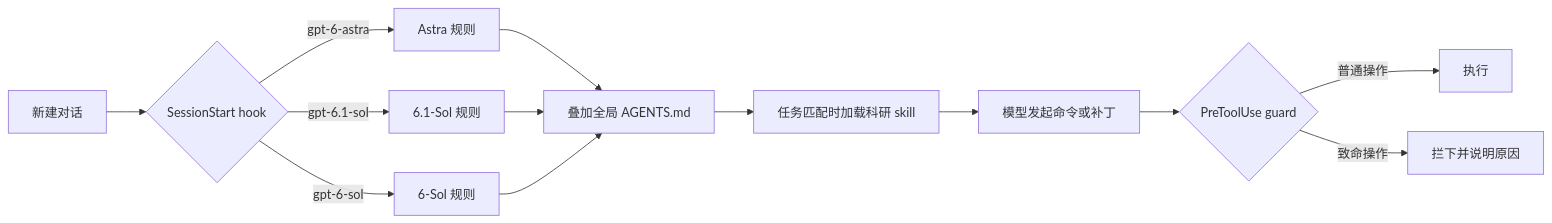
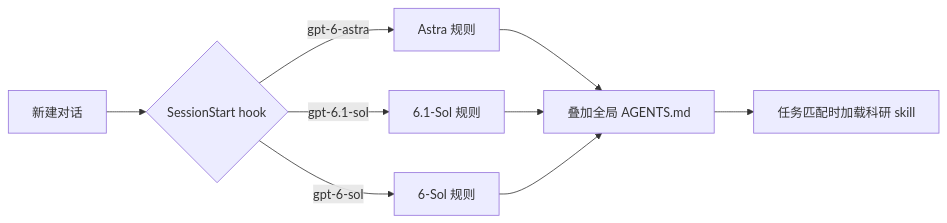
Before and after one commit to RainyMarks/GPT6-Research-Dev-Boost: the diagram in README.md, drawn with Mermaid. The commit also changed other lines of this file and 3 other files, not shown here.

First line of the commit message:
v5.1: remove the guard PreToolUse layer

````diff
--- a/README.md
+++ b/README.md
@@ -69,13 +67,9 @@
 ```mermaid
 flowchart LR
     A[新建对话] --> B{SessionStart hook}
     B -->|gpt-6-astra| C[Astra 规则]
     B -->|gpt-6.1-sol| D[6.1-Sol 规则]
     B -->|gpt-6-sol| E[6-Sol 规则]
     C & D & E --> G[叠加全局 AGENTS.md]
     G --> S[任务匹配时加载科研 skill]
-    S --> H[模型发起命令或补丁]
-    H --> I{PreToolUse guard}
-    I -->|普通操作| J[执行]
-    I -->|致命操作| K[拦下并说明原因]
 ```
````
